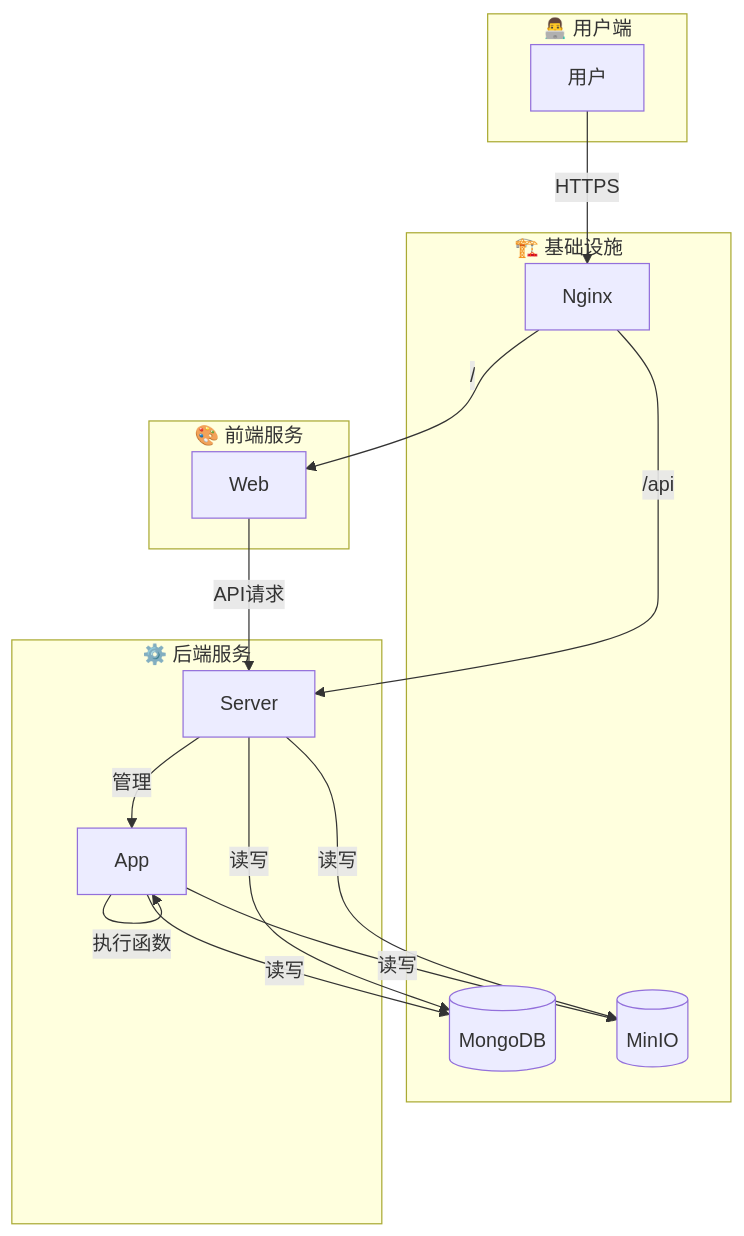
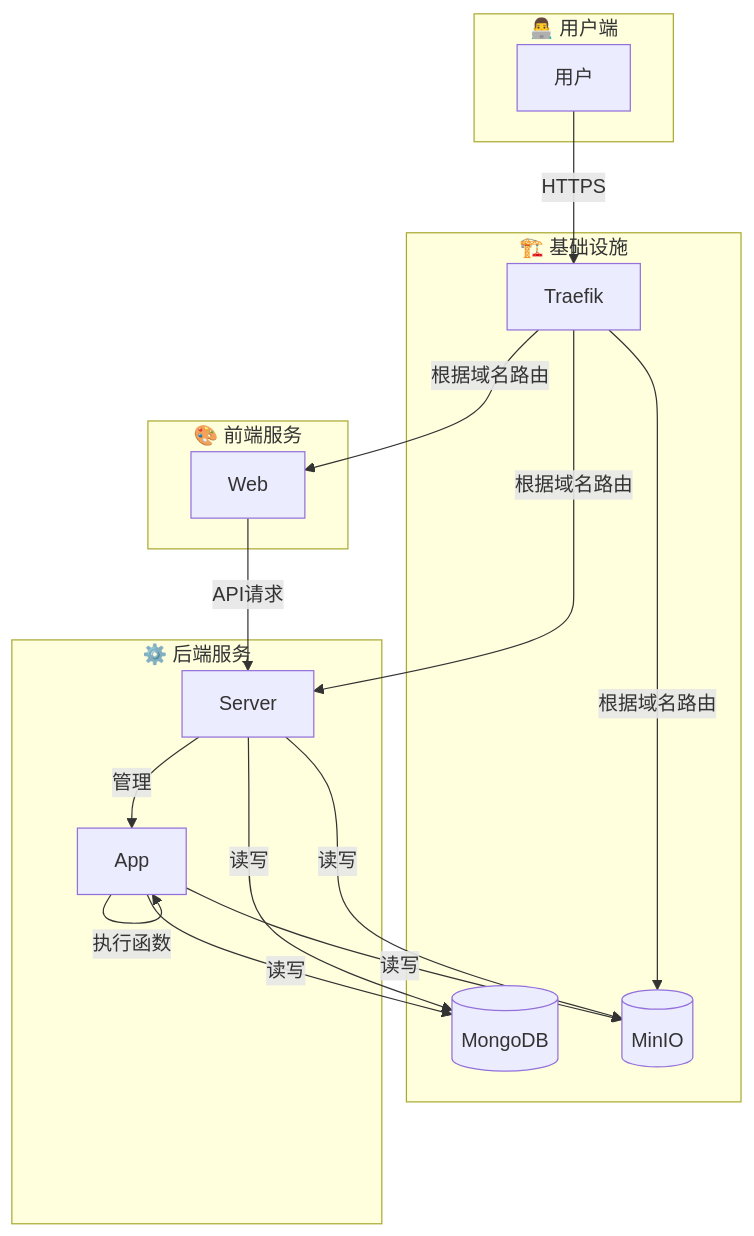
The diagram in README.md (Pidbid/hyac), drawn with Mermaid before and after one commit. The commit also changed other lines of this file and 3 other files, not shown here.

````diff
--- a/README.md
+++ b/README.md
@@ -51,35 +51,36 @@
 ```mermaid
 graph TD
     subgraph "👨‍💻 用户端"
         U[用户]
     end
 
     subgraph "🏗️ 基础设施"
-        N[Nginx]
+        T[Traefik]
         DB[(MongoDB)]
         S[(MinIO)]
     end
 
     subgraph "⚙️ 后端服务"
         Server[Server]
         App[App]
     end
 
     subgraph "🎨 前端服务"
         Web[Web]
     end
 
-    U -- HTTPS --> N
-    N -- /api --> Server
-    N -- / --> Web
+    U -- HTTPS --> T
+    T -- 根据域名路由 --> Server
+    T -- 根据域名路由 --> Web
+    T -- 根据域名路由 --> S
     
     Server -- 管理 --> App
     Server -- 读写 --> DB
     Server -- 读写 --> S
     
     App -- 执行函数 --> App
     App -- 读写 --> DB
     App -- 读写 --> S
 
     Web -- API请求 --> Server
 ```
````
